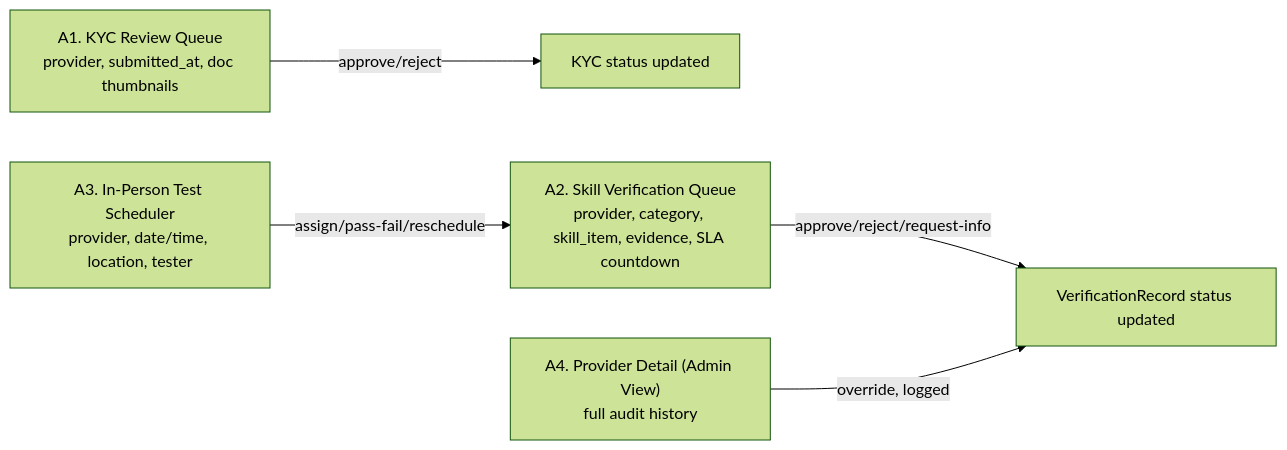
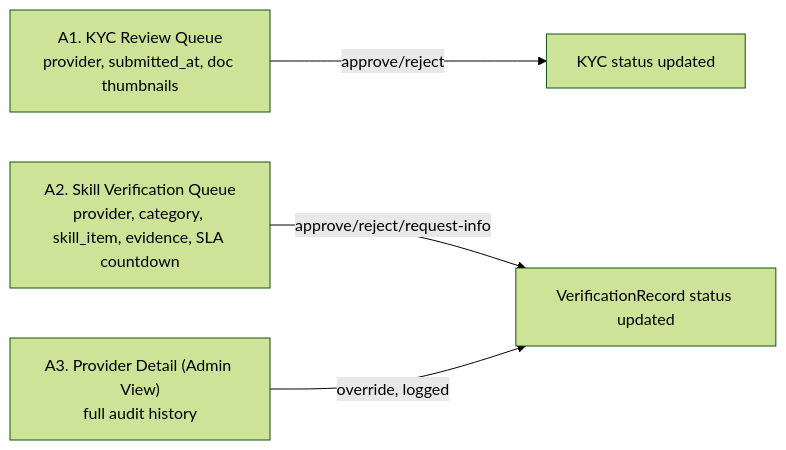
Before and after one commit to Ubaid123678/DO_IT_Platfom: the third of 10 diagrams in docs/DO_IT_PROVIDER_ONBOARDING_skill_VERIFICATION_MERMAID.md, drawn with Mermaid (forest theme). The commit also changed other lines of this file and 16 other files, not shown here.

````diff
--- a/docs/DO_IT_PROVIDER_ONBOARDING_skill_VERIFICATION_MERMAID.md
+++ b/docs/DO_IT_PROVIDER_ONBOARDING_skill_VERIFICATION_MERMAID.md
@@ -94,7 +92,6 @@
 ```mermaid
 flowchart LR
     A1["A1. KYC Review Queue\nprovider, submitted_at, doc thumbnails"] -->|approve/reject| KYCdone["KYC status updated"]
     A2["A2. Skill Verification Queue\nprovider, category, skill_item, evidence, SLA countdown"] -->|approve/reject/request-info| VRdone["VerificationRecord status updated"]
-    A3["A3. In-Person Test Scheduler\nprovider, date/time, location, tester"] -->|assign/pass-fail/reschedule| A2
-    A4["A4. Provider Detail (Admin View)\nfull audit history"] -->|override, logged| VRdone
+    A3["A3. Provider Detail (Admin View)\nfull audit history"] -->|override, logged| VRdone
 ```
````
